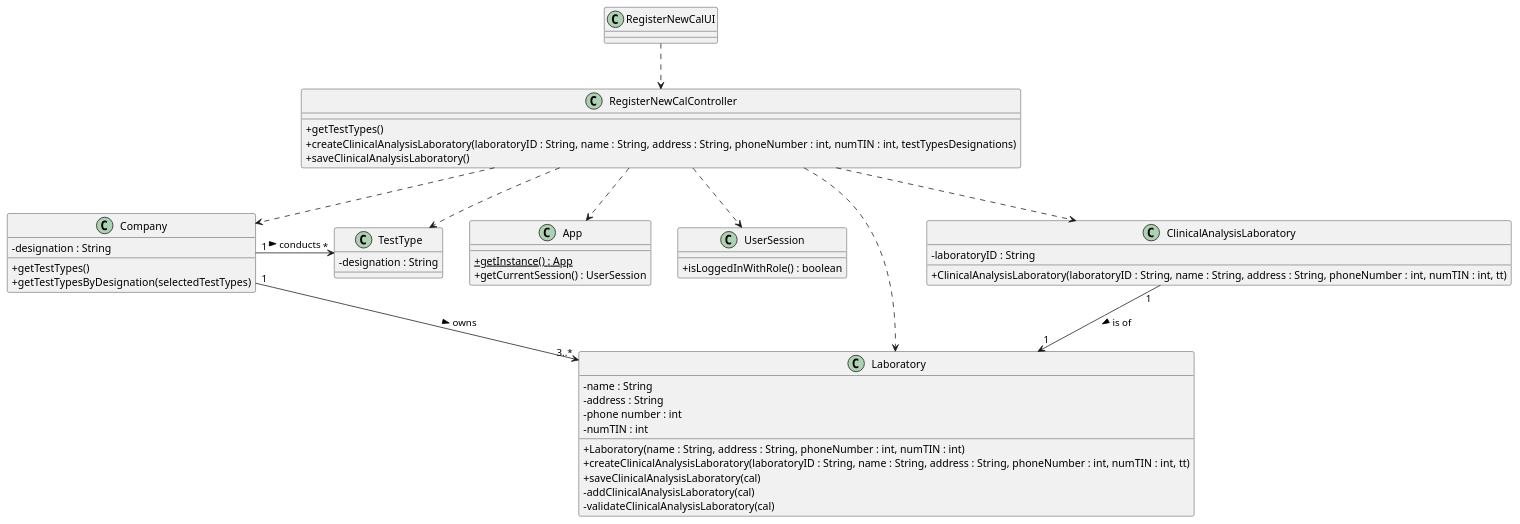
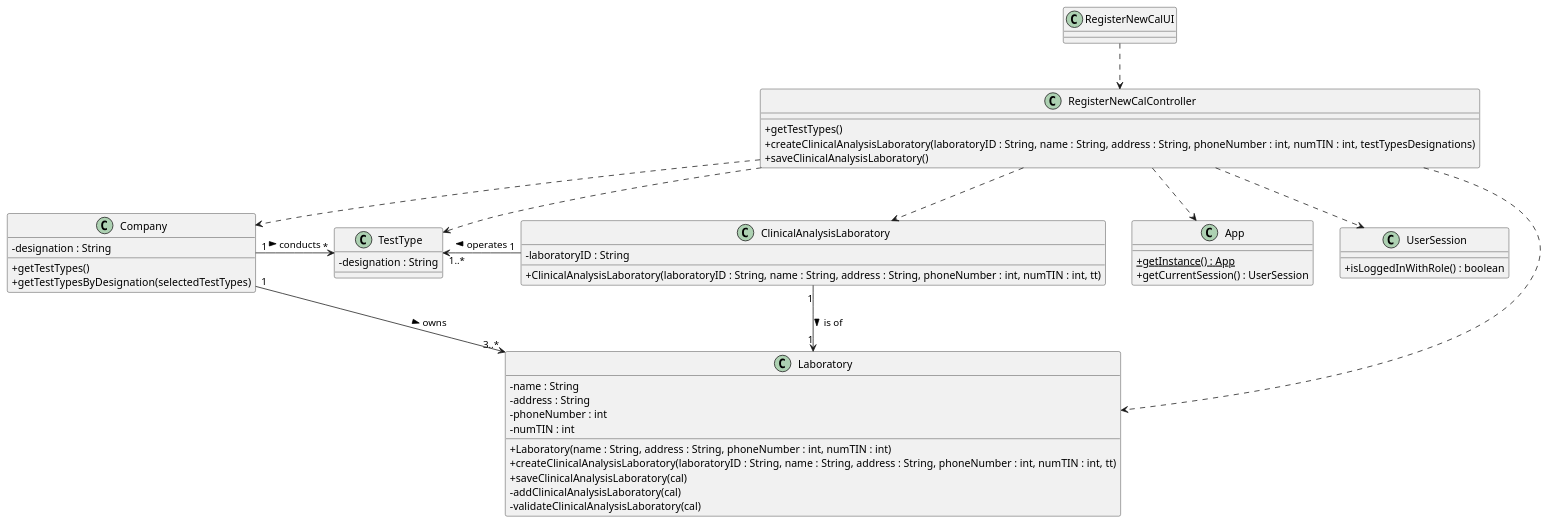
The diagram in docs/SprintB/US_8/US8_CD.puml (ana-albergaria/LAPR2-ISEP), drawn with PlantUML before and after one commit. The commit also changed 7 other files, not shown here.

```diff
--- a/docs/SprintB/US_8/US8_CD.puml
+++ b/docs/SprintB/US_8/US8_CD.puml
@@ -1,69 +1,73 @@
 @startuml
 skinparam classAttributeIconSize 0
 
 class App {
 +{static} getInstance() : App
 +getCurrentSession() : UserSession
 }
 
 class UserSession {
 +isLoggedInWithRole() : boolean
 }
 
 class Laboratory {
 -name : String
 -address : String
--phone number : int
+-phoneNumber : int
 -numTIN : int
 +Laboratory(name : String, address : String, phoneNumber : int, numTIN : int)
 +createClinicalAnalysisLaboratory(laboratoryID : String, name : String, address : String, phoneNumber : int, numTIN : int, tt)
 +saveClinicalAnalysisLaboratory(cal)
 -addClinicalAnalysisLaboratory(cal)
 -validateClinicalAnalysisLaboratory(cal)
 }
 
 class ClinicalAnalysisLaboratory {
 -laboratoryID : String
 +ClinicalAnalysisLaboratory(laboratoryID : String, name : String, address : String, phoneNumber : int, numTIN : int, tt)
 }
 
 class TestType {
 -designation : String
 }
 
 class Company {
 -designation : String
 +getTestTypes()
 +getTestTypesByDesignation(selectedTestTypes)
 }
 
 class RegisterNewCalController {
 +getTestTypes()
 +createClinicalAnalysisLaboratory(laboratoryID : String, name : String, address : String, phoneNumber : int, numTIN : int, testTypesDesignations)
 +saveClinicalAnalysisLaboratory()
 }
 
 class RegisterNewCalUI {
 
 }
 
 RegisterNewCalUI ..> RegisterNewCalController
 RegisterNewCalController ..> Laboratory
 RegisterNewCalController ..> TestType
 RegisterNewCalController ..> ClinicalAnalysisLaboratory
 RegisterNewCalController ..> Company
 RegisterNewCalController ..> App
 RegisterNewCalController ..> UserSession
 
 Company "1" -> "*" TestType : conducts >
 /'VERIFICAR MULTIPLICIDADE LINHA ABAIXO'/
 ClinicalAnalysisLaboratory "1" --> "1" Laboratory : is of >
 Company "1" --> "3..*" Laboratory : owns >
+ClinicalAnalysisLaboratory "1" -> "1..*" TestType : operates >
+
+
+TestType -[hidden]down-> ClinicalAnalysisLaboratory
 
 /'Laboratory <|-- ClinicalAnalysisLaboratory'/
 
 
 
 
 
 @enduml
```
